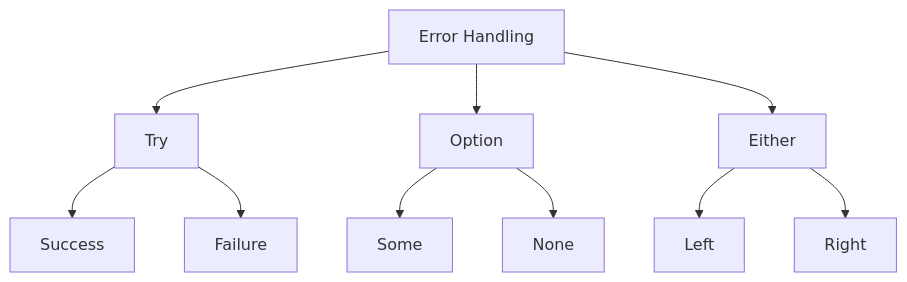
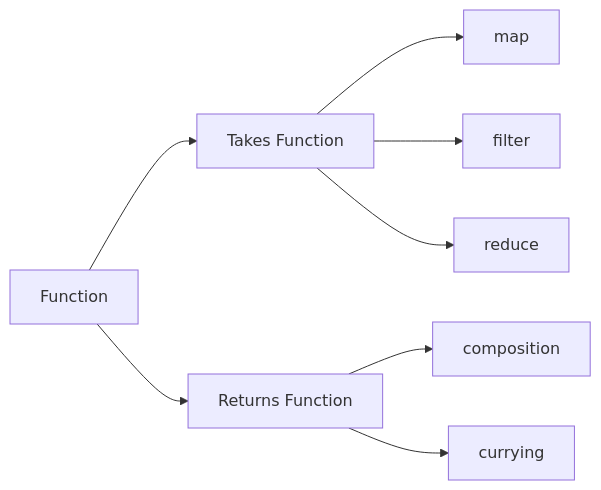
Before and after one commit to veltzer/teaching-slides: the diagram in mermaid/marp/courses/apache-spark-with-scala/00_scala_refresher.md/6.mmd, drawn with Mermaid. The commit also changed 18 other files, not shown here.

```diff
--- a/mermaid/marp/courses/apache-spark-with-scala/00_scala_refresher.md/6.mmd
+++ b/mermaid/marp/courses/apache-spark-with-scala/00_scala_refresher.md/6.mmd
@@ -1,10 +1,8 @@
-graph TD
-    A[Error Handling] --> B[Try]
-    A --> C[Option]
-    A --> D[Either]
-    B --> E[Success]
-    B --> F[Failure]
-    C --> G[Some]
-    C --> H[None]
-    D --> I[Left]
-    D --> J[Right]
+flowchart LR
+    A[Function] --> B[Takes Function]
+    A --> C[Returns Function]
+    B --> D[map]
+    B --> E[filter]
+    B --> F[reduce]
+    C --> G[composition]
+    C --> H[currying]
```
